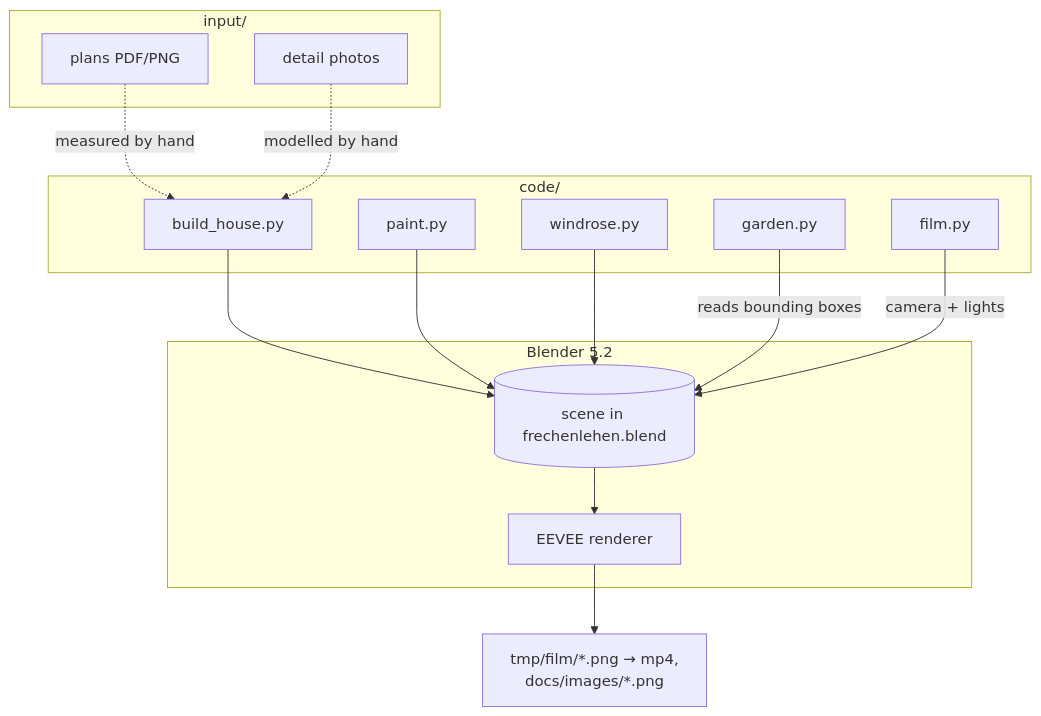
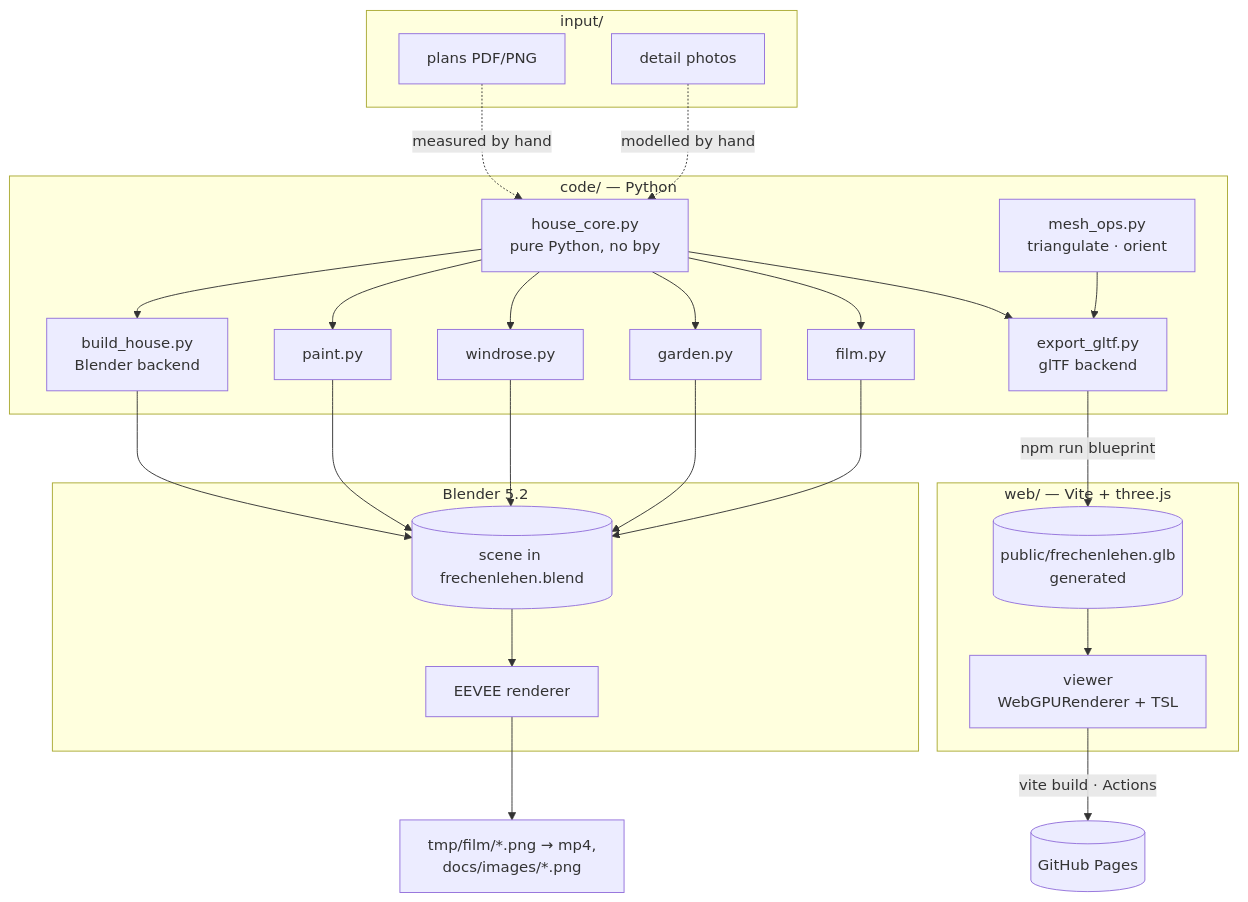
The first of 3 diagrams in specs/system/architecture.md (tillg/frechen_blender), drawn with Mermaid before and after one commit. The commit also changed other lines of this file and 6 other files, not shown here.

Commit message:
Frechenlehen in three.js: shared Python core, glTF export and browser viewer

````diff
--- a/specs/system/architecture.md
+++ b/specs/system/architecture.md
@@ -16,26 +22,34 @@
 ```mermaid
 flowchart TB
     subgraph inp["input/"]
         PDF["plans PDF/PNG"]
         PH["detail photos"]
     end
-    subgraph code["code/"]
-        BH["build_house.py"]
+    subgraph py["code/ — Python"]
+        CORE["house_core.py<br/>pure Python, no bpy"]
+        MO["mesh_ops.py<br/>triangulate · orient"]
+        BH["build_house.py<br/>Blender backend"]
+        EX["export_gltf.py<br/>glTF backend"]
         PA["paint.py"]
         WR["windrose.py"]
         GA["garden.py"]
         FI["film.py"]
     end
     subgraph blender["Blender 5.2"]
         SC[("scene in frechenlehen.blend")]
         EV["EEVEE renderer"]
     end
-    PDF -. measured by hand .-> BH
-    PH -. modelled by hand .-> BH
-    BH --> SC
-    PA --> SC
-    WR --> SC
-    GA -->|reads bounding boxes| SC
-    FI -->|camera + lights| SC
+    subgraph web["web/ — Vite + three.js"]
+        GLB[("public/frechenlehen.glb<br/>generated")]
+        APP["viewer<br/>WebGPURenderer + TSL"]
+    end
+    PDF -. measured by hand .-> CORE
+    PH -. modelled by hand .-> CORE
+    CORE --> BH & EX
+    CORE --> PA & WR & GA & FI
+    MO --> EX
+    BH & PA & WR & GA & FI --> SC
     SC --> EV --> OUT["tmp/film/*.png → mp4,<br/>docs/images/*.png"]
+    EX -->|npm run blueprint| GLB --> APP
+    APP -->|vite build · Actions| PAGES[("GitHub Pages")]
 ```
````
